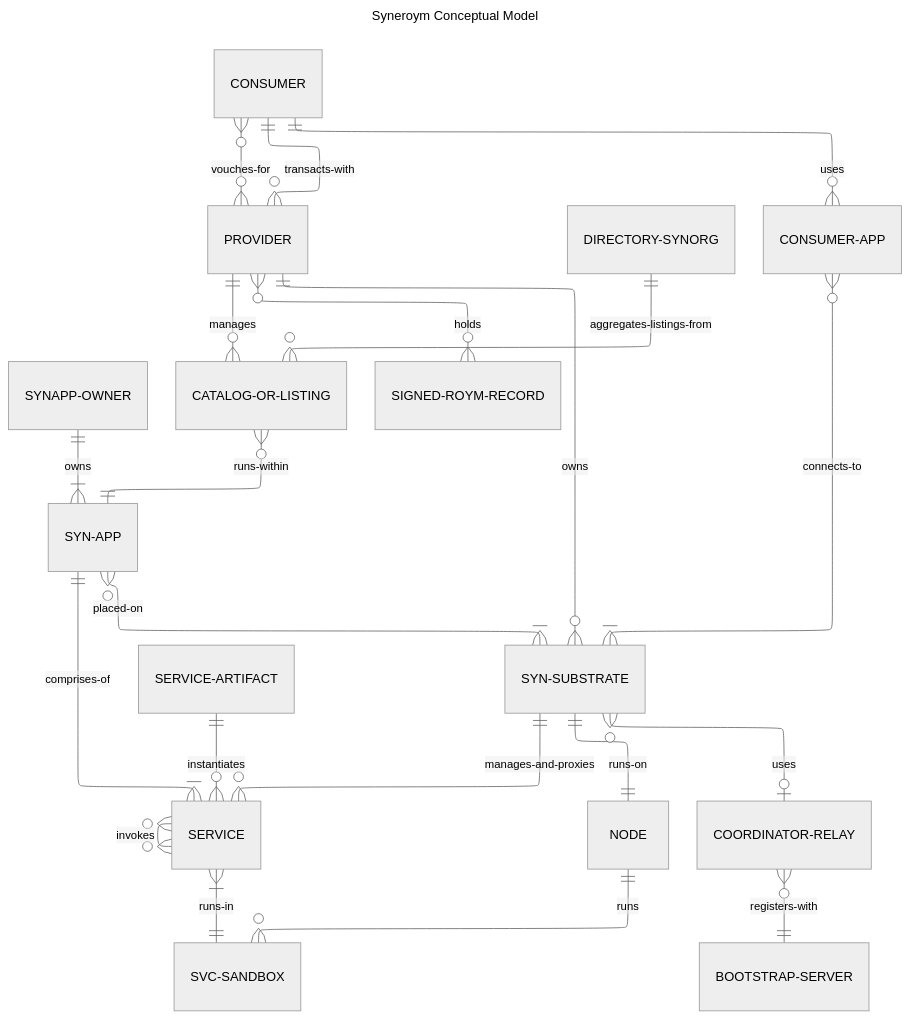
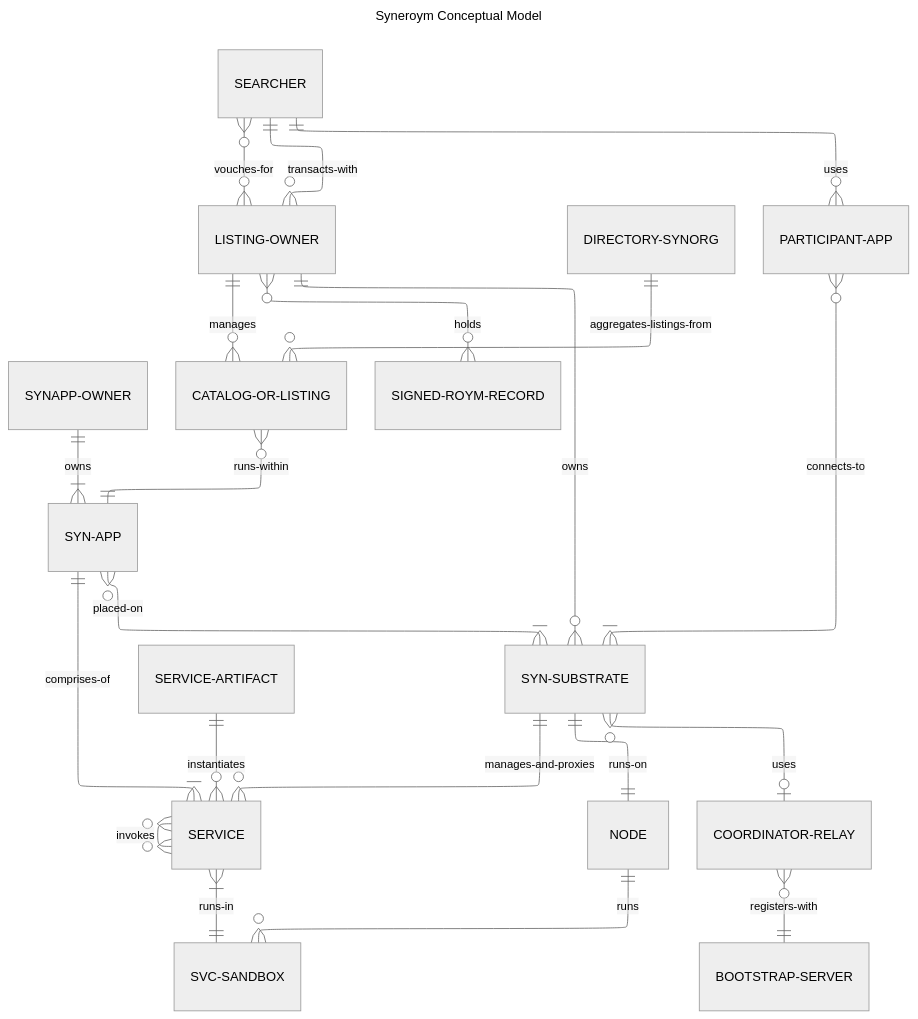
One commit to syneroym/syneroym changed the second of 2 diagrams in docs/system-requirements-spec.md. Above: the diagram before and after it, drawn with Mermaid (neutral theme). The commit also changed other lines of this file and 106 other files, not shown here.

````diff
--- a/docs/system-requirements-spec.md
+++ b/docs/system-requirements-spec.md
@@ -453,57 +459,57 @@
 ```mermaid
 ---
 title: Syneroym Conceptual Model
 config:
     layout: elk
 ---
 erDiagram
     direction TB
 
     %% --- Module & Service structure ---
     SERVICE-ARTIFACT ||--o{ SERVICE : instantiates
     SERVICE }o--o{ SERVICE : invokes
     SYNAPP ||--|{ SERVICE : comprises-of
     SERVICE }|--|| SVC-SB : runs-in
     NODE ||--o{ SVC-SB : runs
     SUBSTRATE ||--|| NODE : runs-on
     SUBSTRATE ||--o{ SERVICE : manages-and-proxies
 
     %% --- Ownership & Placement ---
-    PROVIDER ||--o{ SUBSTRATE : owns
+    LISTING-OWNER ||--o{ SUBSTRATE : owns
     SYNAPP-OWNER ||--|{ SYNAPP : owns
     SYNAPP }o--|{ SUBSTRATE : placed-on
 
     %% --- Connectivity ---
     SUBSTRATE }o--o| RELAY : uses
     RELAY }o--|| BOOTSTRAP : registers-with
 
     %% --- Application & Commercial entities ---
-    PROVIDER ||--o{ CATALOG : manages
+    LISTING-OWNER ||--o{ CATALOG : manages
     CATALOG }o--|| SYNAPP : runs-within
     AGGREGATOR ||--o{ CATALOG : aggregates-listings-from
 
-    %% --- Consumer side ---
-    CONSUMER ||--o{ CONSUMER-APP : uses
-    CONSUMER-APP }o--|{ SUBSTRATE : connects-to
-    CONSUMER ||--o{ PROVIDER : transacts-with
+    %% --- Searcher side ---
+    SEARCHER ||--o{ PARTICIPANT-APP : uses
+    PARTICIPANT-APP }o--|{ SUBSTRATE : connects-to
+    SEARCHER ||--o{ LISTING-OWNER : transacts-with
 
     %% --- Trust & Credentials ---
-    PROVIDER }o--o{ VERIFIABLE-CRED : holds
-    CONSUMER }o--o{ PROVIDER : vouches-for
+    LISTING-OWNER }o--o{ VERIFIABLE-CRED : holds
+    SEARCHER }o--o{ LISTING-OWNER : vouches-for
 
     SERVICE-ARTIFACT[SERVICE-ARTIFACT]{}
     SERVICE[SERVICE]{}
     SYNAPP[SYN-APP]{}
     SYNAPP-OWNER[SYNAPP-OWNER]{}
     SUBSTRATE[SYN-SUBSTRATE]{}
     SVC-SB[SVC-SANDBOX]{}
     NODE[NODE]{}
     RELAY[COORDINATOR-RELAY]{}
     BOOTSTRAP[BOOTSTRAP-SERVER]{}
-    PROVIDER[PROVIDER]{}
+    LISTING-OWNER[LISTING-OWNER]{}
     AGGREGATOR[DIRECTORY-SYNORG]{}
     CATALOG[CATALOG-OR-LISTING]{}
-    CONSUMER[CONSUMER]{}
-    CONSUMER-APP[CONSUMER-APP]{}
+    SEARCHER[SEARCHER]{}
+    PARTICIPANT-APP[PARTICIPANT-APP]{}
     VERIFIABLE-CRED[SIGNED-ROYM-RECORD]{}
 ```
````
